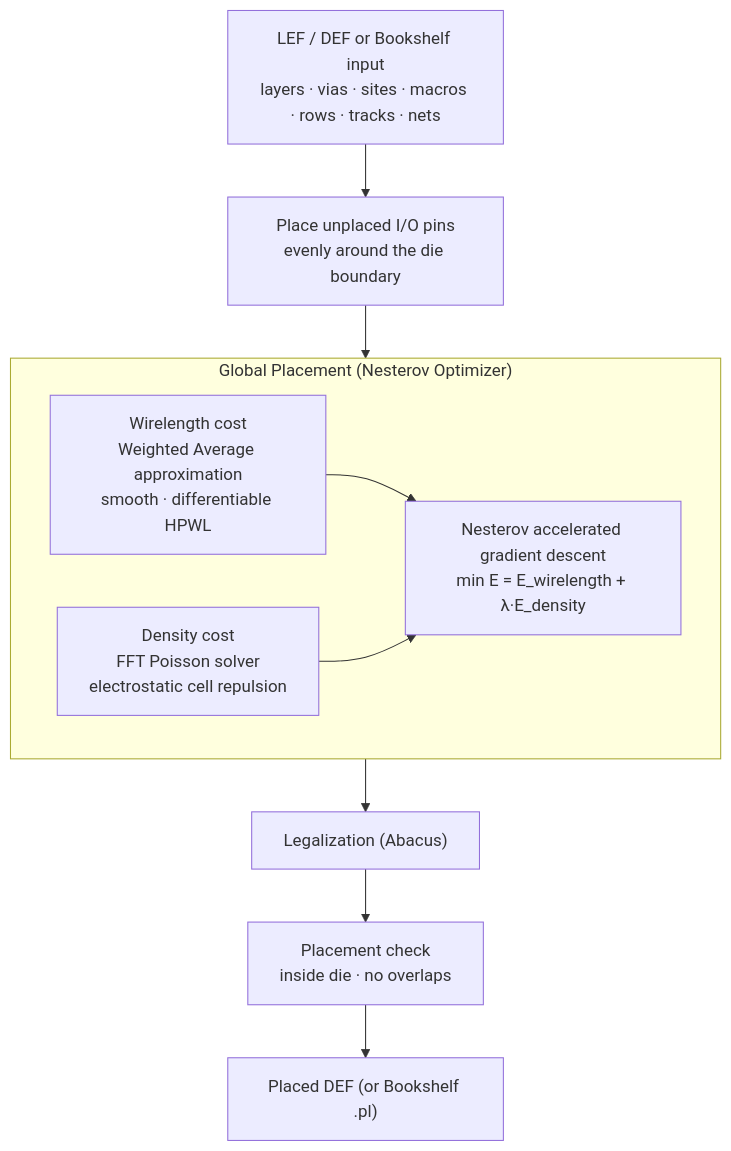
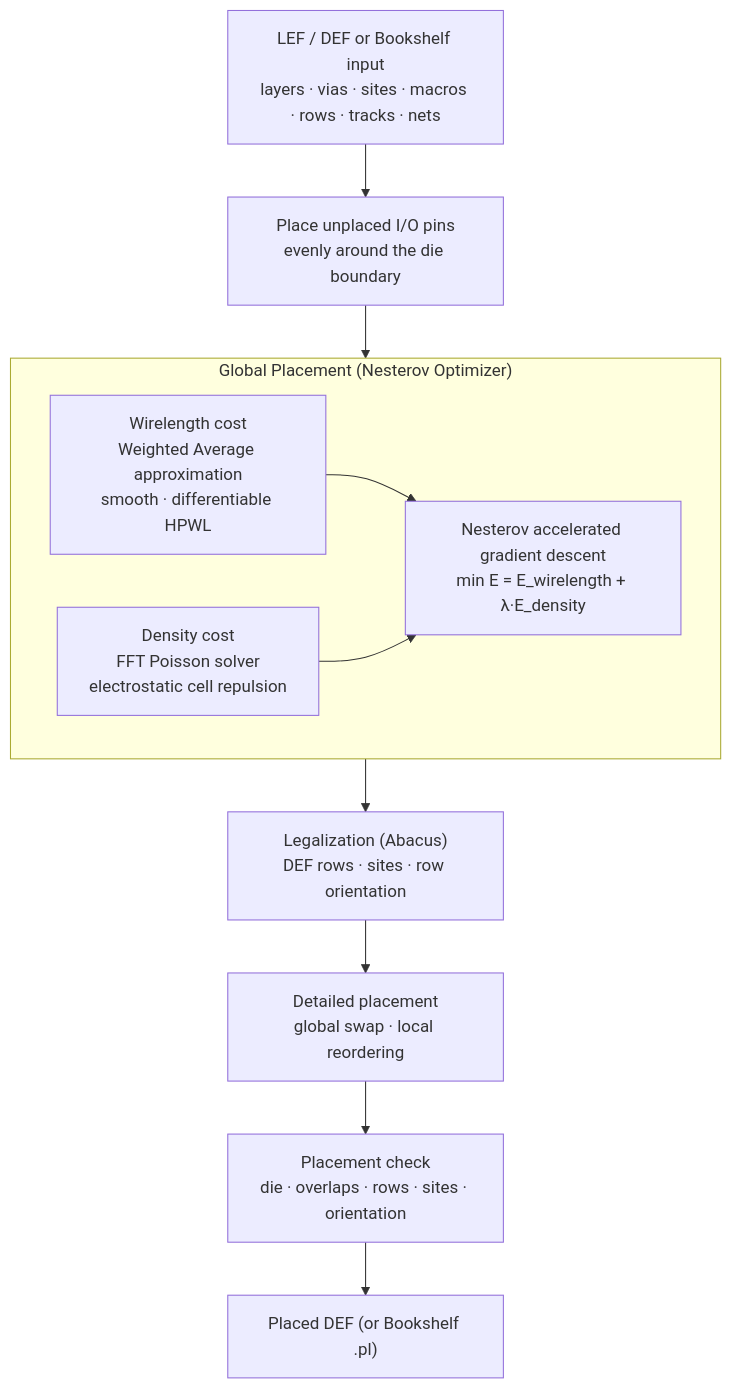
Before and after one commit to willmccallion/vlsi-physical-design: the diagram in README.md, drawn with Mermaid. The commit also changed other lines of this file, not shown here.

Commit message:
Update the README for legal placement

````diff
--- a/README.md
+++ b/README.md
@@ -11,18 +11,19 @@
 ```mermaid
 flowchart TD
     INPUT["LEF / DEF or Bookshelf input<br/>layers · vias · sites · macros · rows · tracks · nets"]
     IO["Place unplaced I/O pins<br/>evenly around the die boundary"]
 
     subgraph GP["Global Placement (Nesterov Optimizer)"]
         WL["Wirelength cost<br/>Weighted Average approximation<br/>smooth · differentiable HPWL"]
         DENS["Density cost<br/>FFT Poisson solver<br/>electrostatic cell repulsion"]
         OPT["Nesterov accelerated gradient descent<br/>min E = E_wirelength + λ·E_density"]
     end
 
-    LEG["Legalization (Abacus)"]
-    CHK["Placement check<br/>inside die · no overlaps"]
+    LEG["Legalization (Abacus)<br/>DEF rows · sites · row orientation"]
+    DP["Detailed placement<br/>global swap · local reordering"]
+    CHK["Placement check<br/>die · overlaps · rows · sites · orientation"]
     OUT["Placed DEF (or Bookshelf .pl)"]
 
-    INPUT --> IO --> GP --> LEG --> CHK --> OUT
+    INPUT --> IO --> GP --> LEG --> DP --> CHK --> OUT
     WL & DENS --> OPT
 ```
````
